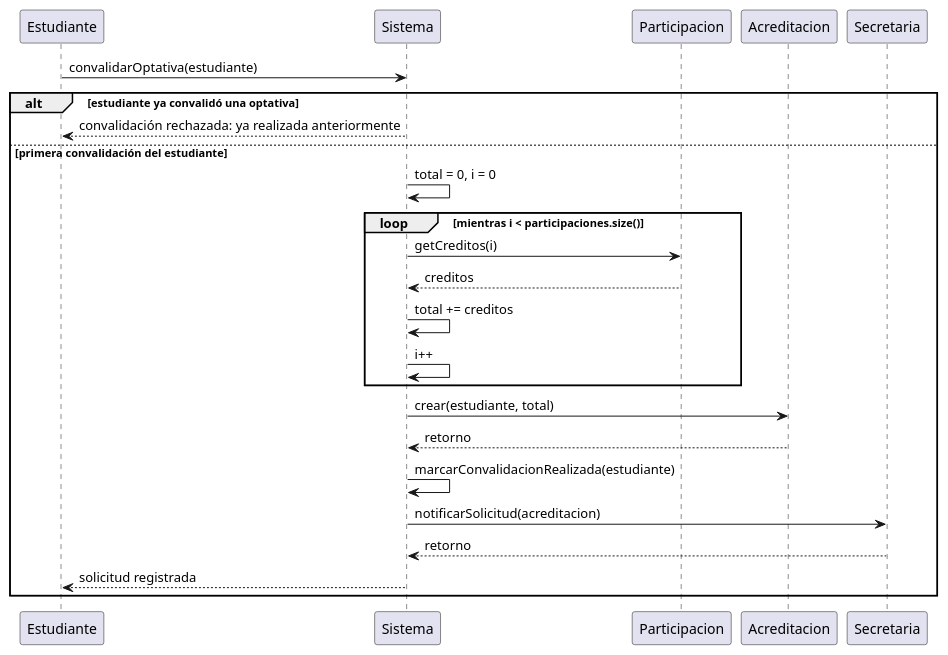
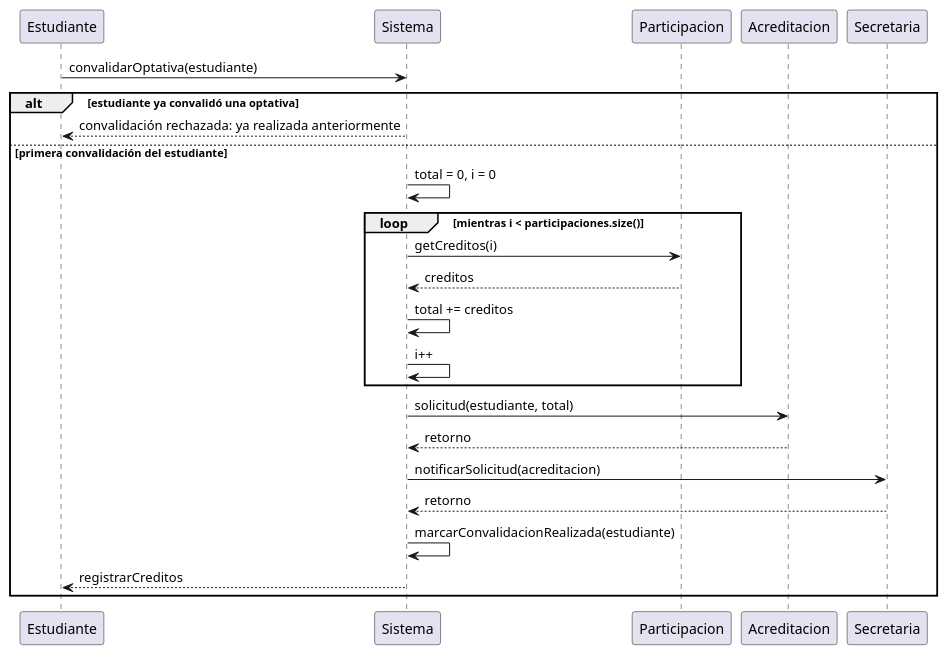
Before and after one commit to SaraVaqueroRelea/26-27-IdSw1-SDR: the diagram in diagramas/diagramaSecuencia/diagramaSecuencias.puml, drawn with PlantUML.

```diff
--- a/diagramas/diagramaSecuencia/diagramaSecuencias.puml
+++ b/diagramas/diagramaSecuencia/diagramaSecuencias.puml
@@ -1,27 +1,27 @@
 participant Estudiante
 participant Sistema
 participant Participacion
 participant Acreditacion
 participant Secretaria
 
 Estudiante -> Sistema : convalidarOptativa(estudiante)
 
 alt estudiante ya convalidó una optativa
     Sistema --> Estudiante : convalidación rechazada: ya realizada anteriormente
 else primera convalidación del estudiante
     Sistema -> Sistema : total = 0, i = 0
 
     loop mientras i < participaciones.size()
         Sistema -> Participacion : getCreditos(i)
         Participacion --> Sistema : creditos
         Sistema -> Sistema : total += creditos
         Sistema -> Sistema : i++
     end
 
-    Sistema -> Acreditacion : crear(estudiante, total)
+    Sistema -> Acreditacion : solicitud(estudiante, total)
     Acreditacion --> Sistema : retorno
-    Sistema -> Sistema : marcarConvalidacionRealizada(estudiante)
     Sistema -> Secretaria : notificarSolicitud(acreditacion)
     Secretaria --> Sistema : retorno
-    Sistema --> Estudiante : solicitud registrada
+    Sistema -> Sistema : marcarConvalidacionRealizada(estudiante)
+    Sistema --> Estudiante : registrarCreditos
 end
```
